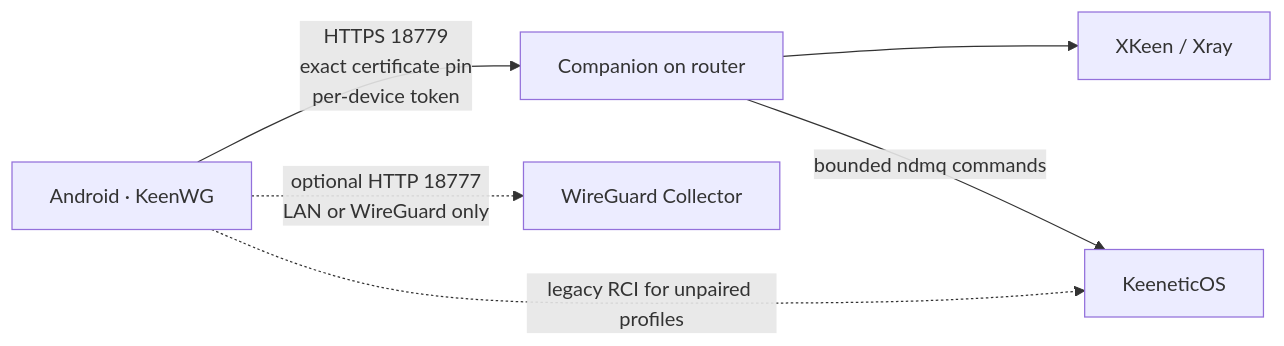
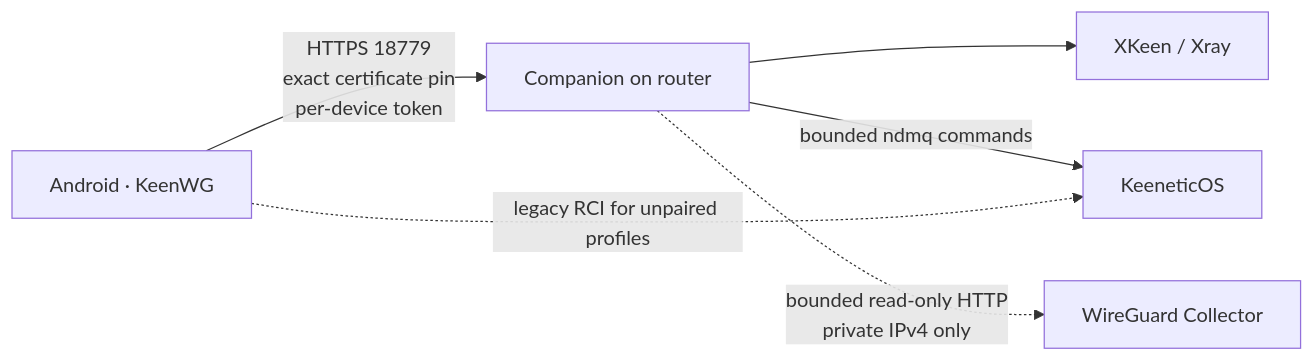
One commit to apex-intellect/keenwg changed the diagram in README.md. Above: the diagram before and after it, drawn with Mermaid. The commit also changed other lines of this file and 119 other files, not shown here.

````diff
--- a/README.md
+++ b/README.md
@@ -31,8 +33,8 @@
 ```mermaid
 flowchart LR
     A[Android · KeenWG] -->|HTTPS 18779<br/>exact certificate pin<br/>per-device token| C[Companion on router]
     C --> X[XKeen / Xray]
     C -->|bounded ndmq commands| K[KeeneticOS]
     A -. legacy RCI for unpaired profiles .-> K
-    A -. optional HTTP 18777<br/>LAN or WireGuard only .-> H[WireGuard Collector]
+    C -. bounded read-only HTTP<br/>private IPv4 only .-> H[WireGuard Collector]
 ```
````
